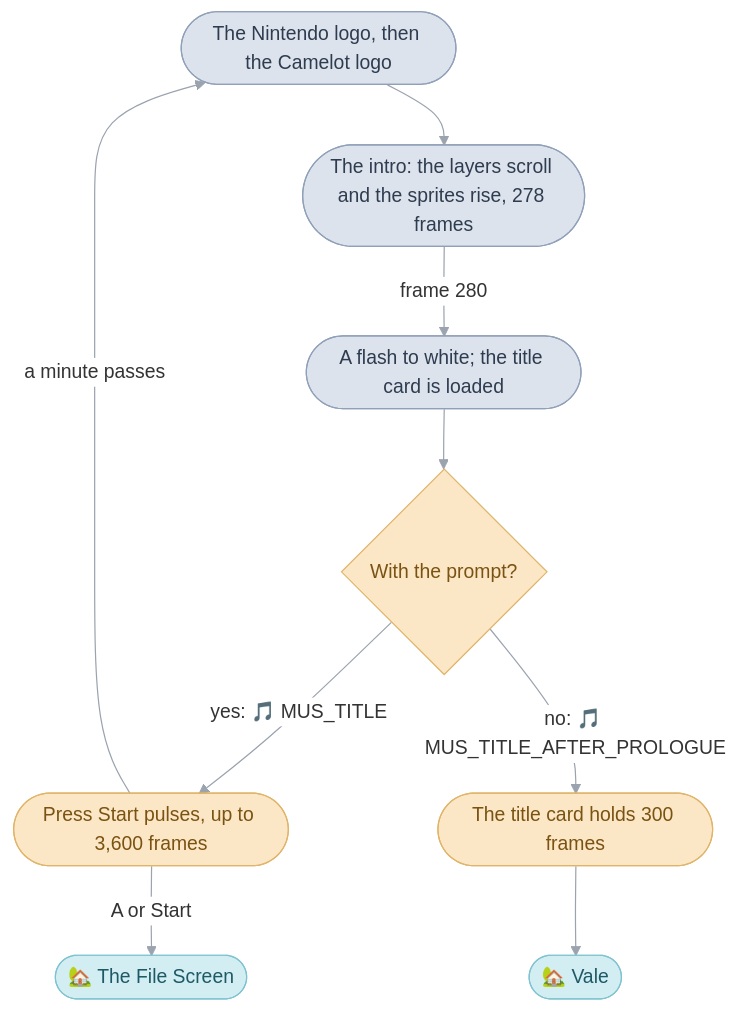
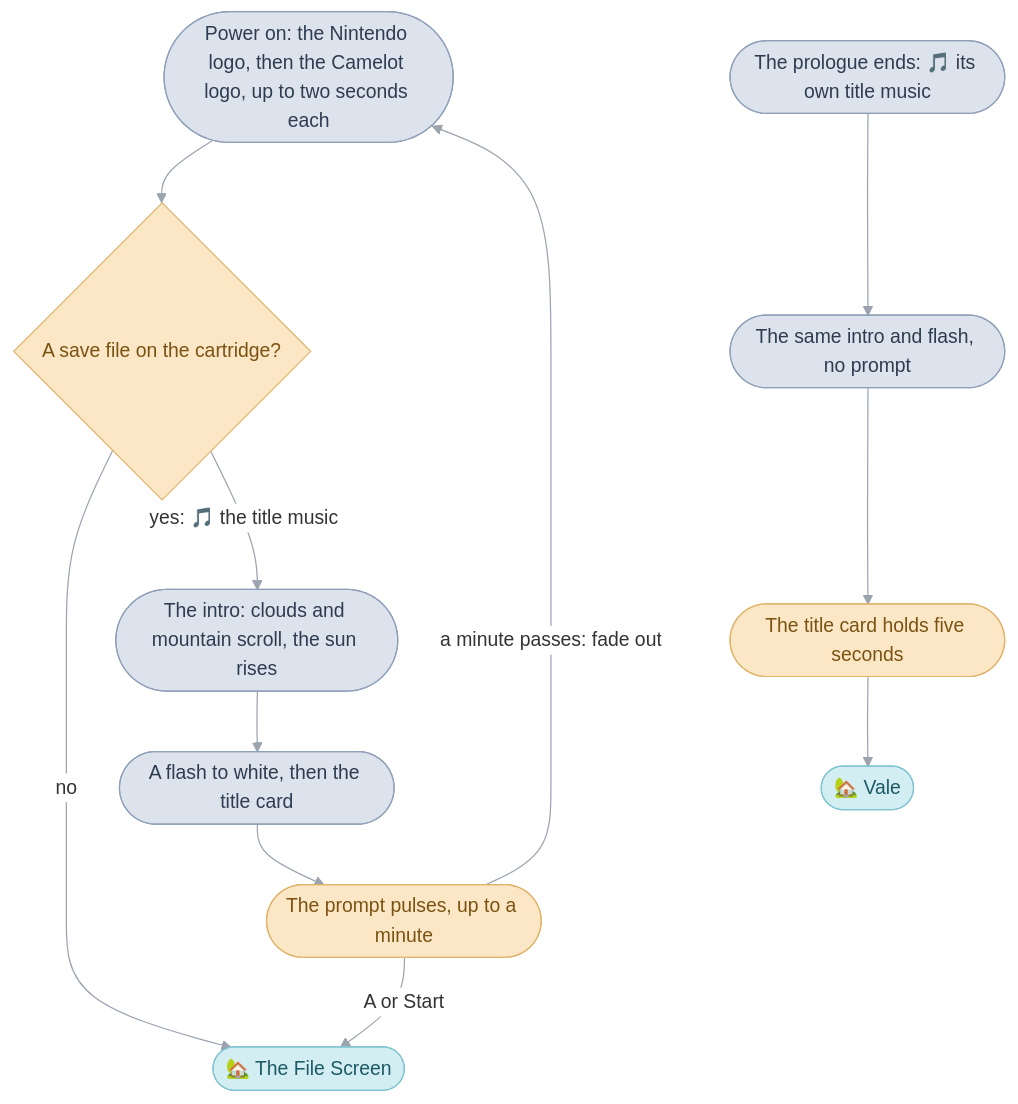
One commit to PascalPixel/alchemy changed the third of 3 diagrams in games/tbs/src/menu/README.md. Above: the diagram before and after it, drawn with Mermaid. The commit also changed other lines of this file and 20 other files, not shown here.

````diff
--- a/games/tbs/src/menu/README.md
+++ b/games/tbs/src/menu/README.md
@@ -465,18 +541,20 @@
 ```mermaid
 %%{init: {"theme": "base", "themeVariables": {"lineColor": "#9AA3AE", "edgeLabelBackground": "#FFFFFF"}, "flowchart": {"curve": "basis", "padding": 12}}}%%
 flowchart TD
-  logos(["The Nintendo logo, then the Camelot logo"]) --> scroll(["The intro: the layers scroll and the sprites rise, 278 frames"])
-  scroll -- "frame 280" --> flash(["A flash to white; the title card is loaded"])
-  flash --> hold{"With the prompt?"}
-  hold -- "yes: 🎵 MUS_TITLE" --> prompt(["Press Start pulses, up to 3,600 frames"])
-  hold -- "no: 🎵 MUS_TITLE_AFTER_PROLOGUE" --> five(["The title card holds 300 frames"])
-  prompt -- "A or Start" --> files(["🏡 The File Screen"])
-  prompt -- "a minute passes" --> logos
+  logos(["Power on: the Nintendo logo, then the Camelot logo, up to two seconds each"]) --> save{"A save file on the cartridge?"}
+  save -- "no" --> files(["🏡 The File Screen"])
+  save -- "yes: 🎵 the title music" --> scroll(["The intro: clouds and mountain scroll, the sun rises"])
+  scroll --> flash(["A flash to white, then the title card"])
+  flash --> prompt(["The prompt pulses, up to a minute"])
+  prompt -- "A or Start" --> files
+  prompt -- "a minute passes: fade out" --> logos
+  after(["The prologue ends: 🎵 its own title music"]) --> scroll2(["The same intro and flash, no prompt"])
+  scroll2 --> five(["The title card holds five seconds"])
   five --> vale(["🏡 Vale"])
   classDef code fill:#DDE3EC,stroke:#8FA0B8,color:#2E3C50
   classDef frame fill:#FBE7C6,stroke:#E0B46A,color:#7A5212
   classDef sequence fill:#D2EEF3,stroke:#7FC3D0,color:#1E5966
-  class logos,scroll,flash code
-  class hold,prompt,five frame
+  class logos,scroll,flash,after,scroll2 code
+  class save,prompt,five frame
   class files,vale sequence
 ```
````
